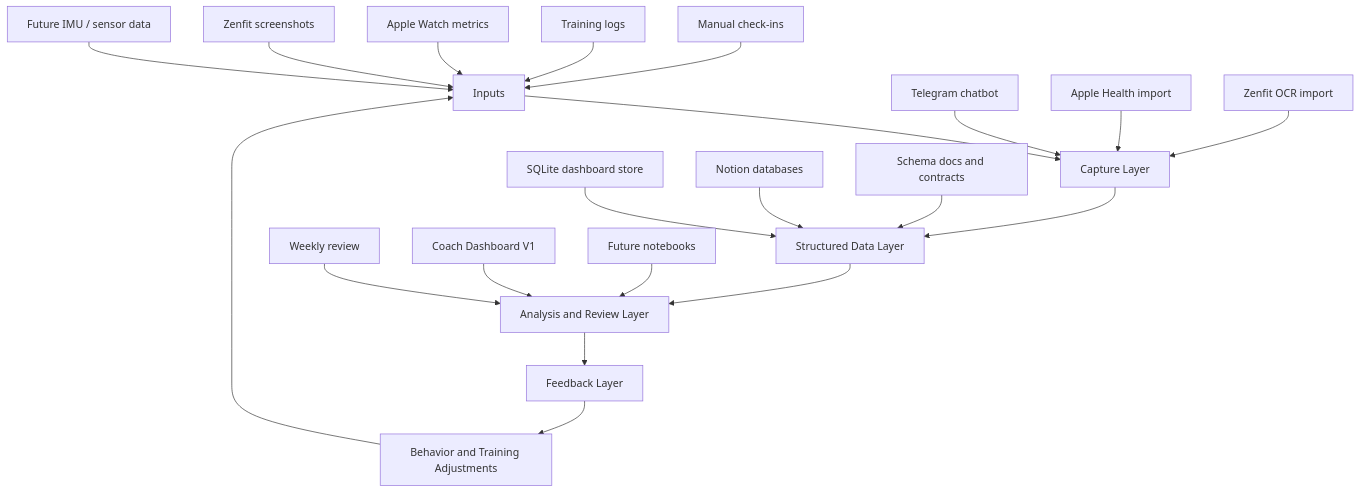
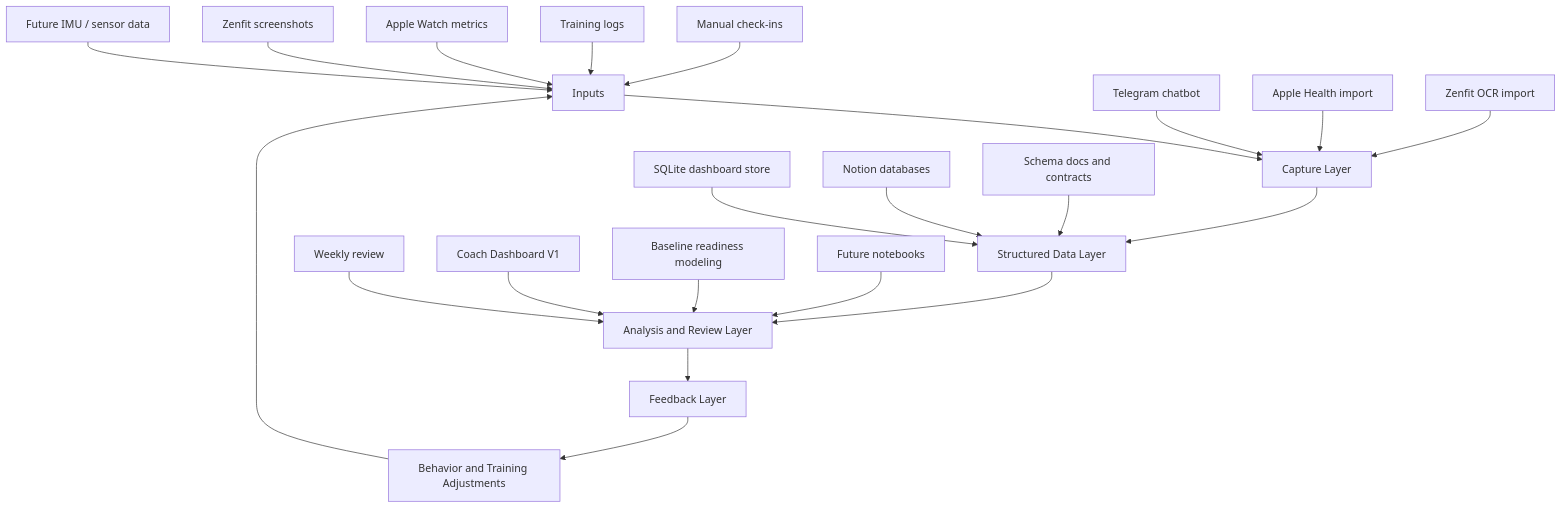
Before and after one commit to haleyparks329/the-human-model: the diagram in docs/architecture.md, drawn with Mermaid. The commit also changed other lines of this file and 8 other files, not shown here.

Commit message:
Refresh overview with readiness modeling update

````diff
--- a/docs/architecture.md
+++ b/docs/architecture.md
@@ -5,25 +5,26 @@
 ```mermaid
 flowchart TD
     A[Inputs] --> B[Capture Layer]
     B --> C[Structured Data Layer]
     C --> D[Analysis and Review Layer]
     D --> E[Feedback Layer]
     E --> F[Behavior and Training Adjustments]
     F --> A
 
     A1[Manual check-ins] --> A
     A2[Training logs] --> A
     A3[Apple Watch metrics] --> A
     A4[Zenfit screenshots] --> A
     A5[Future IMU / sensor data] --> A
 
     B1[Telegram chatbot] --> B
     B2[Apple Health import] --> B
     B3[Zenfit OCR import] --> B
     C1[SQLite dashboard store] --> C
     C2[Notion databases] --> C
     C3[Schema docs and contracts] --> C
     D1[Weekly review] --> D
     D2[Coach Dashboard V1] --> D
-    D3[Future notebooks] --> D
+    D3[Baseline readiness modeling] --> D
+    D4[Future notebooks] --> D
 ```
````
